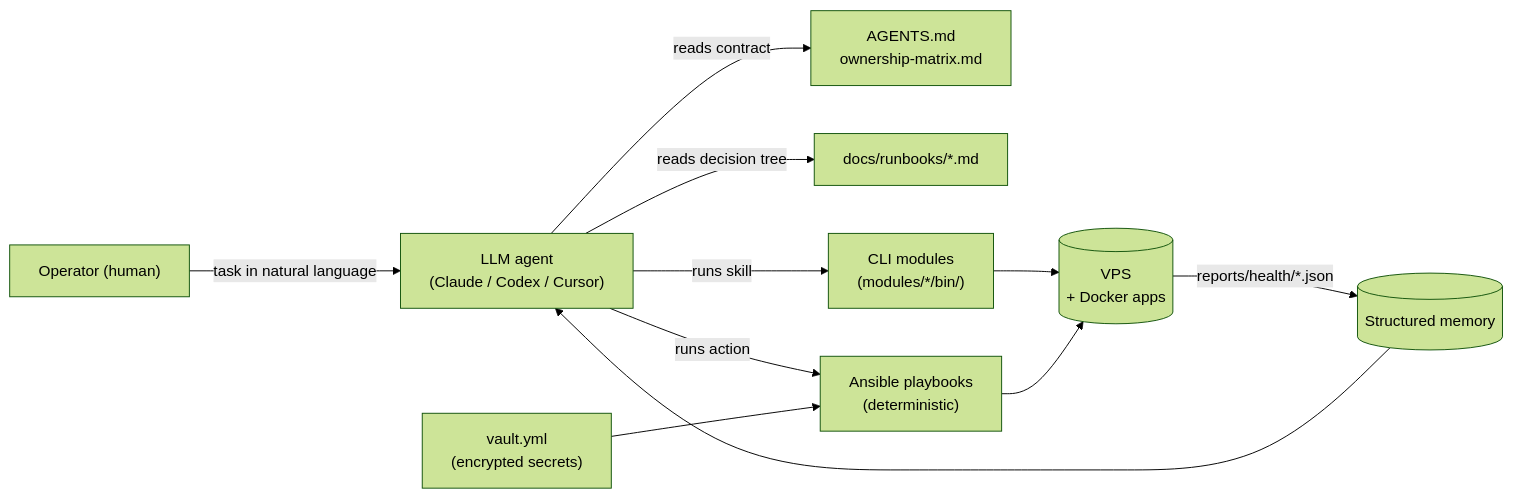
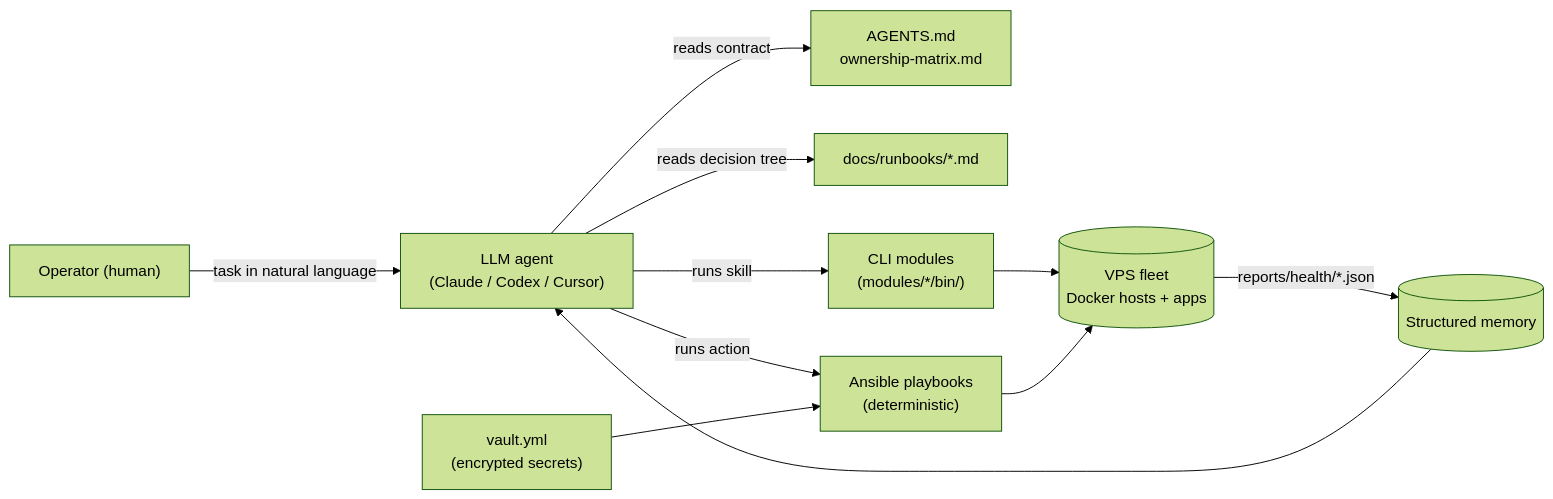
The diagram in README.md (eiler2005/praefectus-ai), drawn with Mermaid (forest theme) before and after one commit. The commit also changed other lines of this file and 29 other files, not shown here.

````diff
--- a/README.md
+++ b/README.md
@@ -218,13 +236,13 @@
 ```mermaid
 flowchart LR
   Operator["Operator (human)"] -->|"task in natural language"| Agent["LLM agent<br/>(Claude / Codex / Cursor)"]
   Agent -->|"reads contract"| Contract["AGENTS.md<br/>ownership-matrix.md"]
   Agent -->|"reads decision tree"| Runbook["docs/runbooks/*.md"]
   Agent -->|"runs skill"| Skills["CLI modules<br/>(modules/*/bin/)"]
   Agent -->|"runs action"| Playbooks["Ansible playbooks<br/>(deterministic)"]
-  Skills --> VPS[("VPS<br/>+ Docker apps")]
-  Playbooks --> VPS
-  VPS -->|"reports/health/*.json"| Memory[("Structured memory")]
+  Skills --> Fleet[("VPS fleet<br/>Docker hosts + apps")]
+  Playbooks --> Fleet
+  Fleet -->|"reports/health/*.json"| Memory[("Structured memory")]
   Memory --> Agent
   Vault["vault.yml<br/>(encrypted secrets)"] --> Playbooks
 ```
````
